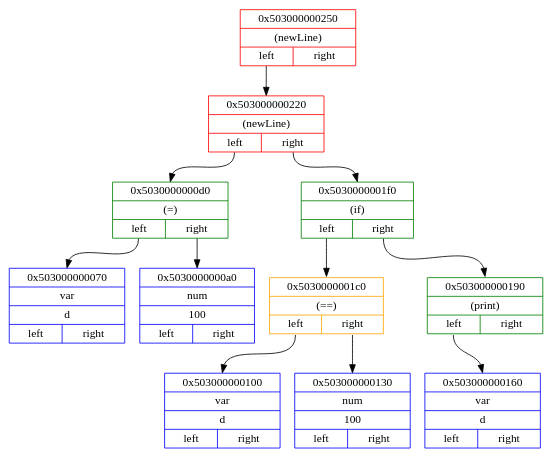
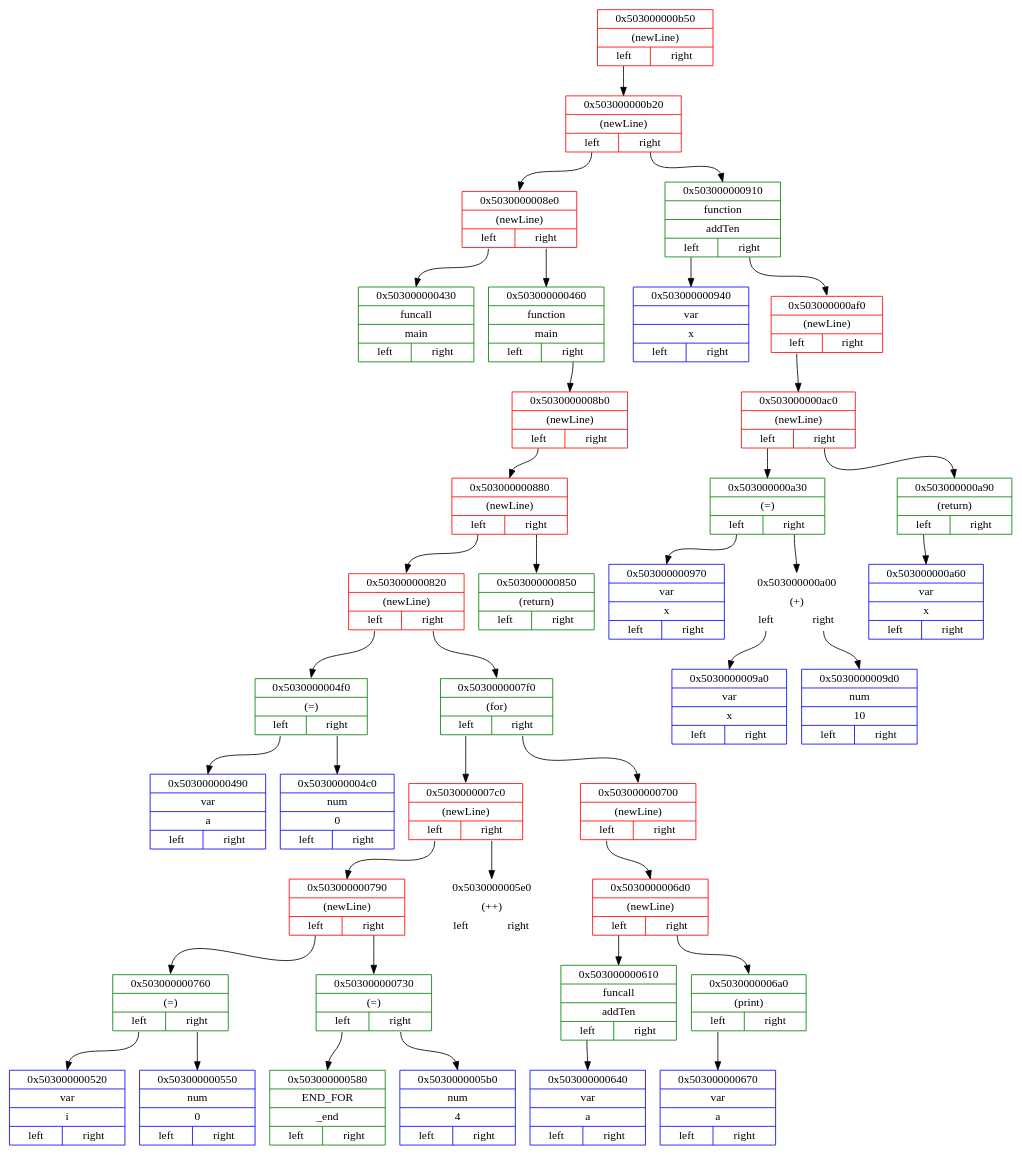
One commit to Matvey787/myProgLanguage changed the diagram in dot_files/frontenedDotFile.dot. Above: the diagram before and after it, drawn with Graphviz. The commit also changed 39 other files, not shown here.

```diff
--- a/dot_files/frontenedDotFile.dot
+++ b/dot_files/frontenedDotFile.dot
@@ -1,26 +1,82 @@
 digraph
 { 
 rankdir=HR;
 
-node0x503000000250 [ shape=record, color = red rank = 1, label= "{ 0x503000000250 | (newLine) |         {<n0x503000000250_l> left | <n0x503000000250_r> right}} " ];
-node0x503000000220 [ shape=record, color = red rank = 2, label= "{ 0x503000000220 | (newLine) |         {<n0x503000000220_l> left | <n0x503000000220_r> right}} " ];
-node0x5030000000d0 [ shape=record, color = green rank = 3, label= "{ 0x5030000000d0 | (=) |         {<n0x5030000000d0_l> left | <n0x5030000000d0_r> right}} " ];
-node0x503000000070 [ shape=record, color = blue rank = 4, label= "{ 0x503000000070 | var | d |         {<n0x503000000070_l> left | <n0x503000000070_r> right}} " ];
-node0x5030000000d0:<n0x5030000000d0_l>:s -> node0x503000000070:n [ color = black; ]
-node0x5030000000a0 [ shape=record, color = blue rank = 5, label= "{ 0x5030000000a0 | num | 100 |         {<n0x5030000000a0_l> left | <n0x5030000000a0_r> right}} " ];
-node0x5030000000d0:<n0x5030000000d0_r>:s -> node0x5030000000a0:n [ color = black; ]
-node0x503000000220:<n0x503000000220_l>:s -> node0x5030000000d0:n [ color = black; ]
-node0x5030000001f0 [ shape=record, color = green rank = 4, label= "{ 0x5030000001f0 | (if) |         {<n0x5030000001f0_l> left | <n0x5030000001f0_r> right}} " ];
-node0x5030000001c0 [ shape=record, color = orange rank = 5, label= "{ 0x5030000001c0 | (==) |         {<n0x5030000001c0_l> left | <n0x5030000001c0_r> right}} " ];
-node0x503000000100 [ shape=record, color = blue rank = 6, label= "{ 0x503000000100 | var | d |         {<n0x503000000100_l> left | <n0x503000000100_r> right}} " ];
-node0x5030000001c0:<n0x5030000001c0_l>:s -> node0x503000000100:n [ color = black; ]
-node0x503000000130 [ shape=record, color = blue rank = 7, label= "{ 0x503000000130 | num | 100 |         {<n0x503000000130_l> left | <n0x503000000130_r> right}} " ];
-node0x5030000001c0:<n0x5030000001c0_r>:s -> node0x503000000130:n [ color = black; ]
-node0x5030000001f0:<n0x5030000001f0_l>:s -> node0x5030000001c0:n [ color = black; ]
-node0x503000000190 [ shape=record, color = green rank = 6, label= "{ 0x503000000190 | (print) |         {<n0x503000000190_l> left | <n0x503000000190_r> right}} " ];
-node0x503000000160 [ shape=record, color = blue rank = 7, label= "{ 0x503000000160 | var | d |         {<n0x503000000160_l> left | <n0x503000000160_r> right}} " ];
-node0x503000000190:<n0x503000000190_l>:s -> node0x503000000160:n [ color = black; ]
-node0x5030000001f0:<n0x5030000001f0_r>:s -> node0x503000000190:n [ color = black; ]
-node0x503000000220:<n0x503000000220_r>:s -> node0x5030000001f0:n [ color = black; ]
-node0x503000000250:<n0x503000000250_l>:s -> node0x503000000220:n [ color = black; ]
+node0x503000000b50 [ shape=record, color = red rank = 1, label= "{ 0x503000000b50 | (newLine) |         {<n0x503000000b50_l> left | <n0x503000000b50_r> right}} " ];
+node0x503000000b20 [ shape=record, color = red rank = 2, label= "{ 0x503000000b20 | (newLine) |         {<n0x503000000b20_l> left | <n0x503000000b20_r> right}} " ];
+node0x5030000008e0 [ shape=record, color = red rank = 3, label= "{ 0x5030000008e0 | (newLine) |         {<n0x5030000008e0_l> left | <n0x5030000008e0_r> right}} " ];
+node0x503000000430 [ shape=record, color = green rank = 4, label= "{ 0x503000000430 | funcall | main |         {<n0x503000000430_l> left | <n0x503000000430_r> right}} " ];
+node0x5030000008e0:<n0x5030000008e0_l>:s -> node0x503000000430:n [ color = black; ]
+node0x503000000460 [ shape=record, color = green rank = 5, label= "{ 0x503000000460 | function | main |         {<n0x503000000460_l> left | <n0x503000000460_r> right}} " ];
+node0x5030000008b0 [ shape=record, color = red rank = 6, label= "{ 0x5030000008b0 | (newLine) |         {<n0x5030000008b0_l> left | <n0x5030000008b0_r> right}} " ];
+node0x503000000880 [ shape=record, color = red rank = 7, label= "{ 0x503000000880 | (newLine) |         {<n0x503000000880_l> left | <n0x503000000880_r> right}} " ];
+node0x503000000820 [ shape=record, color = red rank = 8, label= "{ 0x503000000820 | (newLine) |         {<n0x503000000820_l> left | <n0x503000000820_r> right}} " ];
+node0x5030000004f0 [ shape=record, color = green rank = 9, label= "{ 0x5030000004f0 | (=) |         {<n0x5030000004f0_l> left | <n0x5030000004f0_r> right}} " ];
+node0x503000000490 [ shape=record, color = blue rank = 10, label= "{ 0x503000000490 | var | a |         {<n0x503000000490_l> left | <n0x503000000490_r> right}} " ];
+node0x5030000004f0:<n0x5030000004f0_l>:s -> node0x503000000490:n [ color = black; ]
+node0x5030000004c0 [ shape=record, color = blue rank = 11, label= "{ 0x5030000004c0 | num | 0 |         {<n0x5030000004c0_l> left | <n0x5030000004c0_r> right}} " ];
+node0x5030000004f0:<n0x5030000004f0_r>:s -> node0x5030000004c0:n [ color = black; ]
+node0x503000000820:<n0x503000000820_l>:s -> node0x5030000004f0:n [ color = black; ]
+node0x5030000007f0 [ shape=record, color = green rank = 10, label= "{ 0x5030000007f0 | (for) |         {<n0x5030000007f0_l> left | <n0x5030000007f0_r> right}} " ];
+node0x5030000007c0 [ shape=record, color = red rank = 11, label= "{ 0x5030000007c0 | (newLine) |         {<n0x5030000007c0_l> left | <n0x5030000007c0_r> right}} " ];
+node0x503000000790 [ shape=record, color = red rank = 12, label= "{ 0x503000000790 | (newLine) |         {<n0x503000000790_l> left | <n0x503000000790_r> right}} " ];
+node0x503000000760 [ shape=record, color = green rank = 13, label= "{ 0x503000000760 | (=) |         {<n0x503000000760_l> left | <n0x503000000760_r> right}} " ];
+node0x503000000520 [ shape=record, color = blue rank = 14, label= "{ 0x503000000520 | var | i |         {<n0x503000000520_l> left | <n0x503000000520_r> right}} " ];
+node0x503000000760:<n0x503000000760_l>:s -> node0x503000000520:n [ color = black; ]
+node0x503000000550 [ shape=record, color = blue rank = 15, label= "{ 0x503000000550 | num | 0 |         {<n0x503000000550_l> left | <n0x503000000550_r> right}} " ];
+node0x503000000760:<n0x503000000760_r>:s -> node0x503000000550:n [ color = black; ]
+node0x503000000790:<n0x503000000790_l>:s -> node0x503000000760:n [ color = black; ]
+node0x503000000730 [ shape=record, color = green rank = 14, label= "{ 0x503000000730 | (=) |         {<n0x503000000730_l> left | <n0x503000000730_r> right}} " ];
+node0x503000000580 [ shape=record, color = green rank = 15, label= "{ 0x503000000580 | END_FOR | _end |         {<n0x503000000580_l> left | <n0x503000000580_r> right}} " ];
+node0x503000000730:<n0x503000000730_l>:s -> node0x503000000580:n [ color = black; ]
+node0x5030000005b0 [ shape=record, color = blue rank = 16, label= "{ 0x5030000005b0 | num | 4 |         {<n0x5030000005b0_l> left | <n0x5030000005b0_r> right}} " ];
+node0x503000000730:<n0x503000000730_r>:s -> node0x5030000005b0:n [ color = black; ]
+node0x503000000790:<n0x503000000790_r>:s -> node0x503000000730:n [ color = black; ]
+node0x5030000007c0:<n0x5030000007c0_l>:s -> node0x503000000790:n [ color = black; ]
+node0x5030000005e0 [ shape=record, color = white rank = 13, label= "{ 0x5030000005e0 | (++) |         {<n0x5030000005e0_l> left | <n0x5030000005e0_r> right}} " ];
+node0x5030000007c0:<n0x5030000007c0_r>:s -> node0x5030000005e0:n [ color = black; ]
+node0x5030000007f0:<n0x5030000007f0_l>:s -> node0x5030000007c0:n [ color = black; ]
+node0x503000000700 [ shape=record, color = red rank = 12, label= "{ 0x503000000700 | (newLine) |         {<n0x503000000700_l> left | <n0x503000000700_r> right}} " ];
+node0x5030000006d0 [ shape=record, color = red rank = 13, label= "{ 0x5030000006d0 | (newLine) |         {<n0x5030000006d0_l> left | <n0x5030000006d0_r> right}} " ];
+node0x503000000610 [ shape=record, color = green rank = 14, label= "{ 0x503000000610 | funcall | addTen |         {<n0x503000000610_l> left | <n0x503000000610_r> right}} " ];
+node0x503000000640 [ shape=record, color = blue rank = 15, label= "{ 0x503000000640 | var | a |         {<n0x503000000640_l> left | <n0x503000000640_r> right}} " ];
+node0x503000000610:<n0x503000000610_l>:s -> node0x503000000640:n [ color = black; ]
+node0x5030000006d0:<n0x5030000006d0_l>:s -> node0x503000000610:n [ color = black; ]
+node0x5030000006a0 [ shape=record, color = green rank = 15, label= "{ 0x5030000006a0 | (print) |         {<n0x5030000006a0_l> left | <n0x5030000006a0_r> right}} " ];
+node0x503000000670 [ shape=record, color = blue rank = 16, label= "{ 0x503000000670 | var | a |         {<n0x503000000670_l> left | <n0x503000000670_r> right}} " ];
+node0x5030000006a0:<n0x5030000006a0_l>:s -> node0x503000000670:n [ color = black; ]
+node0x5030000006d0:<n0x5030000006d0_r>:s -> node0x5030000006a0:n [ color = black; ]
+node0x503000000700:<n0x503000000700_l>:s -> node0x5030000006d0:n [ color = black; ]
+node0x5030000007f0:<n0x5030000007f0_r>:s -> node0x503000000700:n [ color = black; ]
+node0x503000000820:<n0x503000000820_r>:s -> node0x5030000007f0:n [ color = black; ]
+node0x503000000880:<n0x503000000880_l>:s -> node0x503000000820:n [ color = black; ]
+node0x503000000850 [ shape=record, color = green rank = 9, label= "{ 0x503000000850 | (return) |         {<n0x503000000850_l> left | <n0x503000000850_r> right}} " ];
+node0x503000000880:<n0x503000000880_r>:s -> node0x503000000850:n [ color = black; ]
+node0x5030000008b0:<n0x5030000008b0_l>:s -> node0x503000000880:n [ color = black; ]
+node0x503000000460:<n0x503000000460_r>:s -> node0x5030000008b0:n [ color = black; ]
+node0x5030000008e0:<n0x5030000008e0_r>:s -> node0x503000000460:n [ color = black; ]
+node0x503000000b20:<n0x503000000b20_l>:s -> node0x5030000008e0:n [ color = black; ]
+node0x503000000910 [ shape=record, color = green rank = 4, label= "{ 0x503000000910 | function | addTen |         {<n0x503000000910_l> left | <n0x503000000910_r> right}} " ];
+node0x503000000940 [ shape=record, color = blue rank = 5, label= "{ 0x503000000940 | var | x |         {<n0x503000000940_l> left | <n0x503000000940_r> right}} " ];
+node0x503000000910:<n0x503000000910_l>:s -> node0x503000000940:n [ color = black; ]
+node0x503000000af0 [ shape=record, color = red rank = 6, label= "{ 0x503000000af0 | (newLine) |         {<n0x503000000af0_l> left | <n0x503000000af0_r> right}} " ];
+node0x503000000ac0 [ shape=record, color = red rank = 7, label= "{ 0x503000000ac0 | (newLine) |         {<n0x503000000ac0_l> left | <n0x503000000ac0_r> right}} " ];
+node0x503000000a30 [ shape=record, color = green rank = 8, label= "{ 0x503000000a30 | (=) |         {<n0x503000000a30_l> left | <n0x503000000a30_r> right}} " ];
+node0x503000000970 [ shape=record, color = blue rank = 9, label= "{ 0x503000000970 | var | x |         {<n0x503000000970_l> left | <n0x503000000970_r> right}} " ];
+node0x503000000a30:<n0x503000000a30_l>:s -> node0x503000000970:n [ color = black; ]
+node0x503000000a00 [ shape=record, color = white rank = 10, label= "{ 0x503000000a00 | (+) |         {<n0x503000000a00_l> left | <n0x503000000a00_r> right}} " ];
+node0x5030000009a0 [ shape=record, color = blue rank = 11, label= "{ 0x5030000009a0 | var | x |         {<n0x5030000009a0_l> left | <n0x5030000009a0_r> right}} " ];
+node0x503000000a00:<n0x503000000a00_l>:s -> node0x5030000009a0:n [ color = black; ]
+node0x5030000009d0 [ shape=record, color = blue rank = 12, label= "{ 0x5030000009d0 | num | 10 |         {<n0x5030000009d0_l> left | <n0x5030000009d0_r> right}} " ];
+node0x503000000a00:<n0x503000000a00_r>:s -> node0x5030000009d0:n [ color = black; ]
+node0x503000000a30:<n0x503000000a30_r>:s -> node0x503000000a00:n [ color = black; ]
+node0x503000000ac0:<n0x503000000ac0_l>:s -> node0x503000000a30:n [ color = black; ]
+node0x503000000a90 [ shape=record, color = green rank = 9, label= "{ 0x503000000a90 | (return) |         {<n0x503000000a90_l> left | <n0x503000000a90_r> right}} " ];
+node0x503000000a60 [ shape=record, color = blue rank = 10, label= "{ 0x503000000a60 | var | x |         {<n0x503000000a60_l> left | <n0x503000000a60_r> right}} " ];
+node0x503000000a90:<n0x503000000a90_l>:s -> node0x503000000a60:n [ color = black; ]
+node0x503000000ac0:<n0x503000000ac0_r>:s -> node0x503000000a90:n [ color = black; ]
+node0x503000000af0:<n0x503000000af0_l>:s -> node0x503000000ac0:n [ color = black; ]
+node0x503000000910:<n0x503000000910_r>:s -> node0x503000000af0:n [ color = black; ]
+node0x503000000b20:<n0x503000000b20_r>:s -> node0x503000000910:n [ color = black; ]
+node0x503000000b50:<n0x503000000b50_l>:s -> node0x503000000b20:n [ color = black; ]
 }
```
